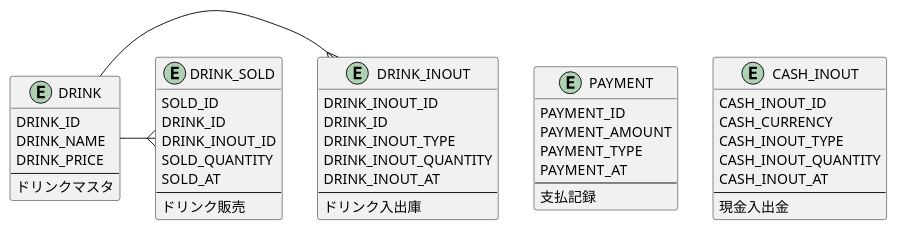
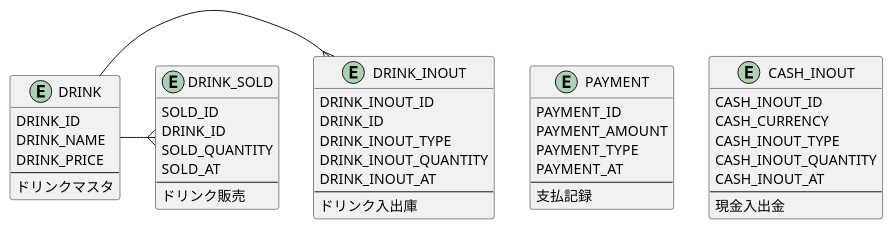
The diagram in document/tables.puml (masahiro-ikeda/vending-machine-api), drawn with PlantUML before and after one commit.

Commit message:
エンティティ図の修正

```diff
--- a/document/tables.puml
+++ b/document/tables.puml
@@ -1,53 +1,52 @@
 @startuml
 
 entity PAYMENT {
     PAYMENT_ID
     PAYMENT_AMOUNT
     PAYMENT_TYPE
     PAYMENT_AT
     --
     支払記録
 }
 
 entity CASH_INOUT {
     CASH_INOUT_ID
     CASH_CURRENCY
     CASH_INOUT_TYPE
     CASH_INOUT_QUANTITY
     CASH_INOUT_AT
     --
     現金入出金
 }
 
 entity DRINK {
     DRINK_ID
     DRINK_NAME
     DRINK_PRICE
     --
     ドリンクマスタ
 }
 
 entity DRINK_INOUT {
     DRINK_INOUT_ID
     DRINK_ID
     DRINK_INOUT_TYPE
     DRINK_INOUT_QUANTITY
     DRINK_INOUT_AT
     --
     ドリンク入出庫
 }
 
 entity DRINK_SOLD {
     SOLD_ID
     DRINK_ID
-    DRINK_INOUT_ID
     SOLD_QUANTITY
     SOLD_AT
     --
     ドリンク販売
 }
 
 DRINK -{ DRINK_INOUT
 DRINK -{ DRINK_SOLD
 
 @enduml
```
